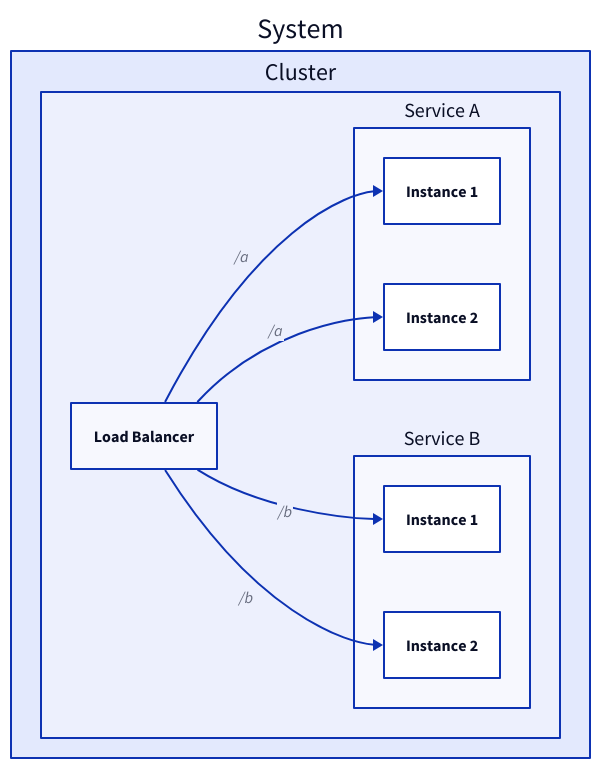
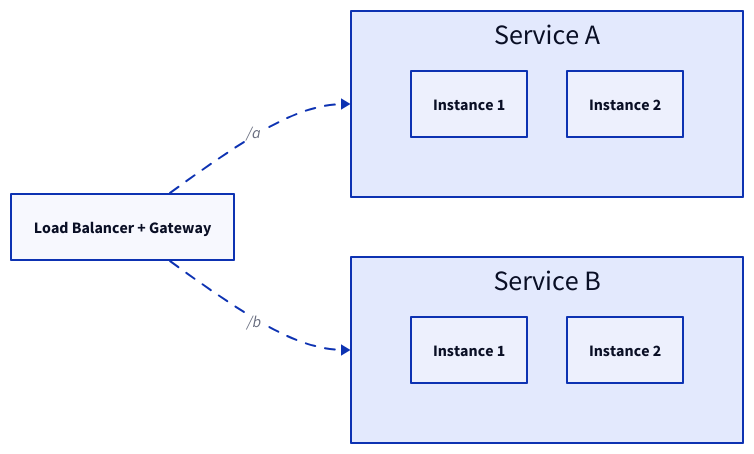
Diagram 14 of 20 in content/docs/web-service/load-balancer.md (link1905/system-design-101), drawn with D2 before and after one commit. The commit also changed other lines of this file and 14 other files, not shown here.

````diff
--- a/content/docs/web-service/load-balancer.md
+++ b/content/docs/web-service/load-balancer.md
@@ -482,31 +530,33 @@
 ```d2
+direction: right
+lb: Load Balancer + Gateway {
+  class: lb
+}
+auth: Service A {
+  grid-rows: 1
+  s1: Instance 1 {
+    class: server
+  }
+  s2: Instance 2 {
+    class: server
+  }
+}
+user: Service B {
+  grid-rows: 1
+  s1: Instance 1 {
+    class: server
+  }
+  s2: Instance 2 {
+    class: server
+  }
+}
 
-direction: right
-system: System {
-    s: Cluster {
-      auth: Service A {
-          s1: Instance 1 {
-            class: server
-          }
-          s2: Instance 2 {
-            class: server
-          }
-      }
-      user: Service B {
-          s1: Instance 1 {
-            class: server
-          }
-          s2: Instance 2 {
-            class: server
-          }
-      }
-      lb: Load Balancer {
-        class: lb
-      }
-      lb -> auth.s1: /a
-      lb -> auth.s2: /a
-      lb -> user.s1: /b
-      lb -> user.s2: /b
-    }
+lb -> auth: /a {
+  style.animated: true
+  class: bold-text
+}
+lb -> user: /b {
+  style.animated: true
+  class: bold-text
 }
 ```
````
